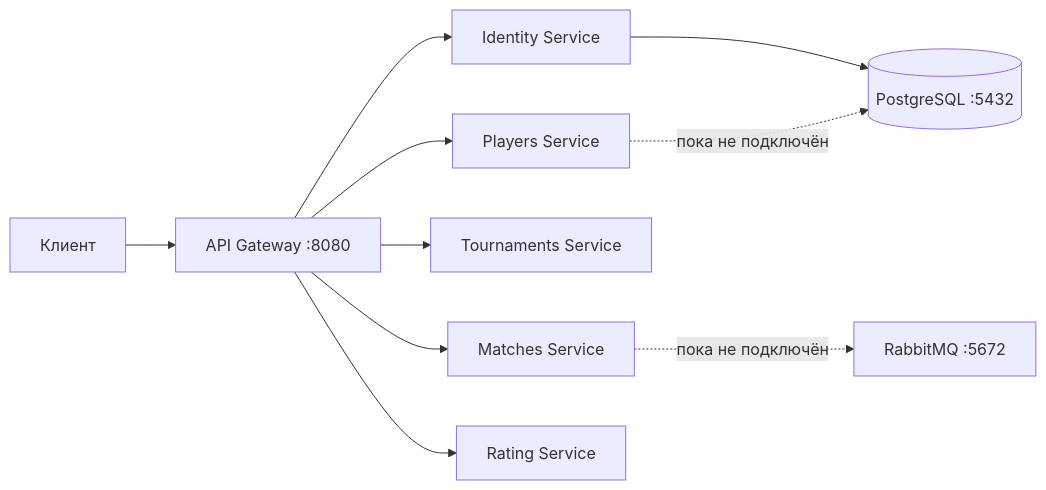
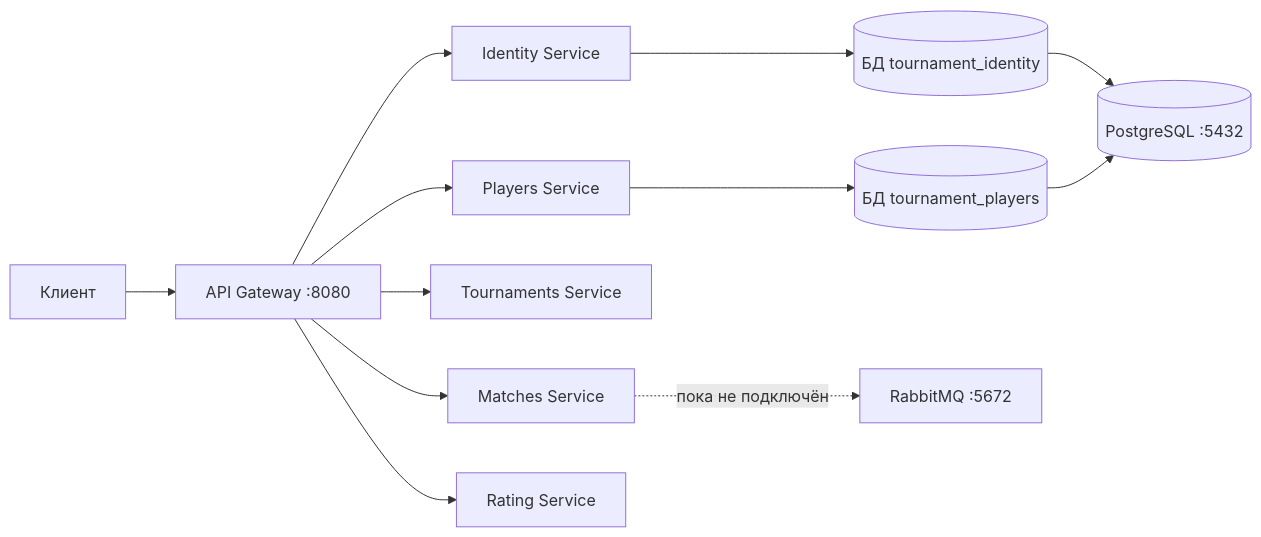
The diagram in README.md (Neyvk/TournamentPlatform), drawn with Mermaid before and after one commit. The commit also changed other lines of this file and 9 other files, not shown here.

````diff
--- a/README.md
+++ b/README.md
@@ -17,12 +17,14 @@
 ```mermaid
 flowchart LR
     Client[Клиент] --> Gateway[API Gateway :8080]
     Gateway --> Identity[Identity Service]
     Gateway --> Players[Players Service]
     Gateway --> Tournaments[Tournaments Service]
     Gateway --> Matches[Matches Service]
     Gateway --> Rating[Rating Service]
-    Identity --> DB[(PostgreSQL :5432)]
-    Players -. пока не подключён .-> DB
+    Identity --> IdentityDB[(БД tournament_identity)]
+    Players --> PlayersDB[(БД tournament_players)]
+    IdentityDB --> DB[(PostgreSQL :5432)]
+    PlayersDB --> DB
     Matches -. пока не подключён .-> MQ[RabbitMQ :5672]
 ```
````
